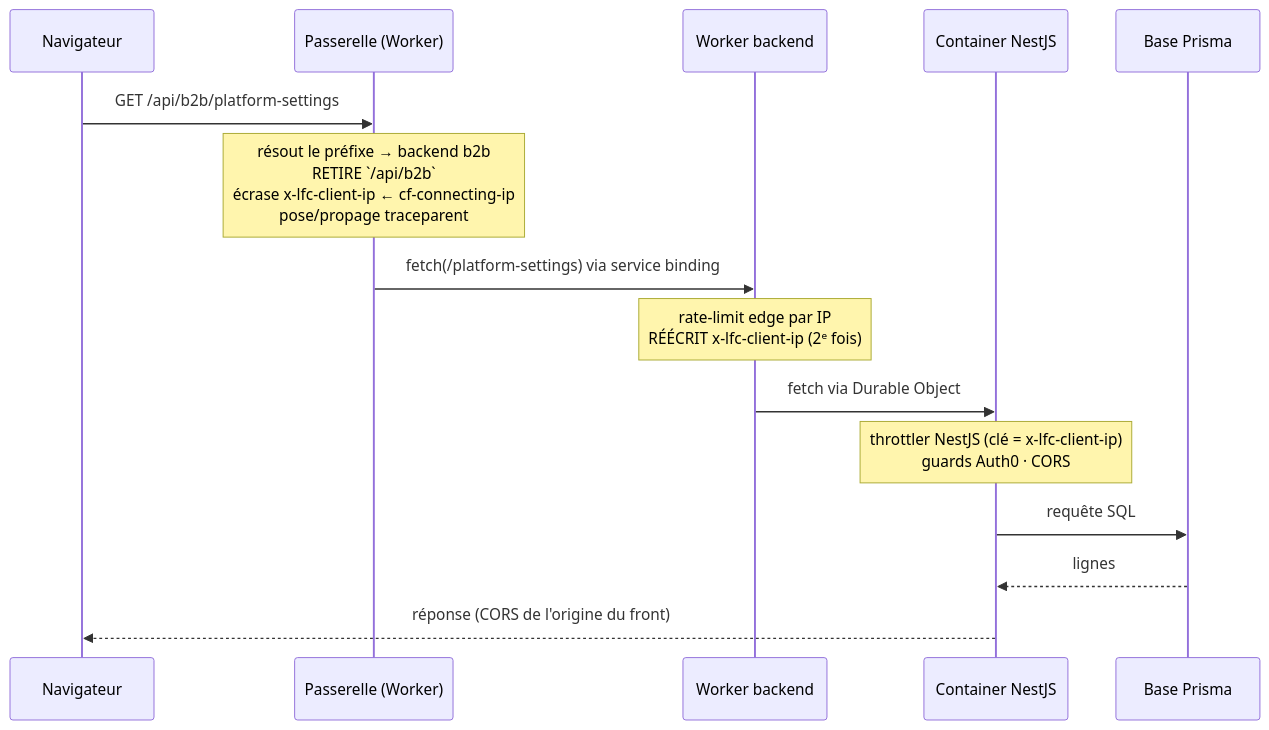
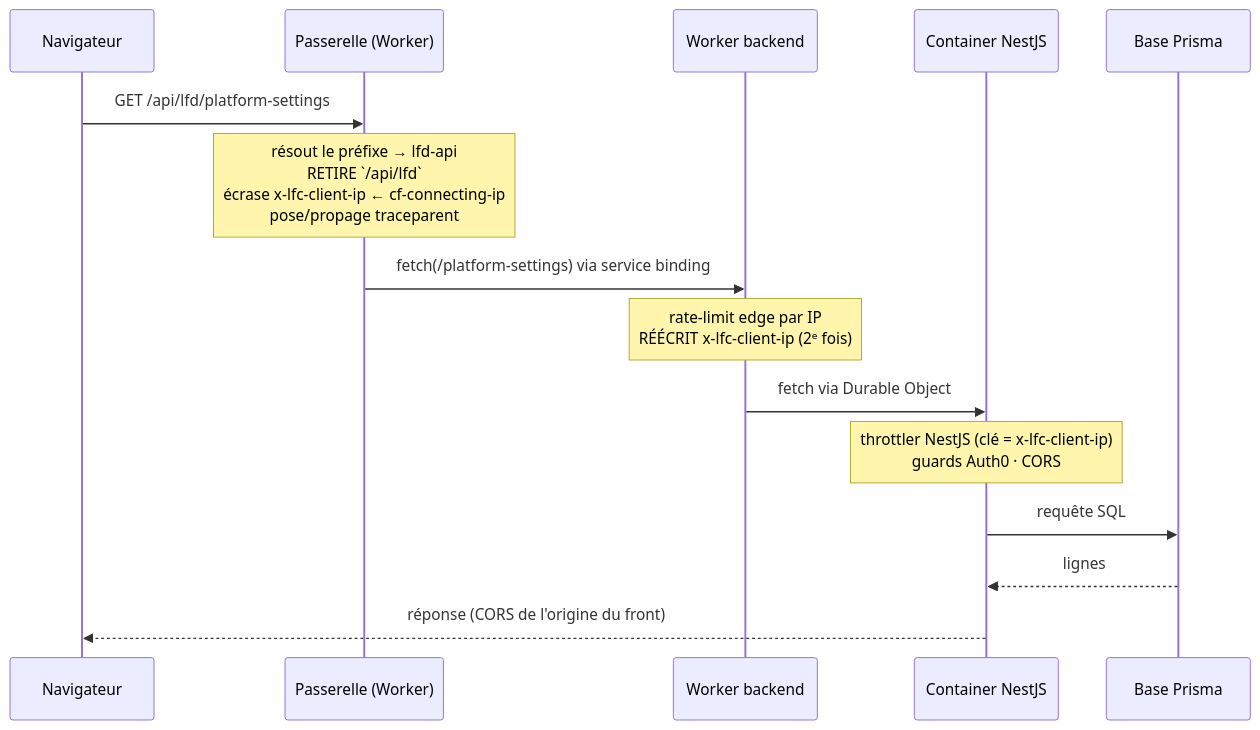
One commit to hugoheynard/lfd changed the second of 3 diagrams in documentation/ops/architecture-deploiement.md. Above: the diagram before and after it, drawn with Mermaid. The commit also changed other lines of this file and 5 other files, not shown here.

````diff
--- a/documentation/ops/architecture-deploiement.md
+++ b/documentation/ops/architecture-deploiement.md
@@ -63,18 +63,18 @@
 ```mermaid
 sequenceDiagram
     participant N as Navigateur
     participant G as Passerelle (Worker)
     participant W as Worker backend
     participant C as Container NestJS
     participant D as Base Prisma
 
-    N->>G: GET /api/b2b/platform-settings
-    Note over G: résout le préfixe → backend b2b<br/>RETIRE `/api/b2b`<br/>écrase x-lfc-client-ip ← cf-connecting-ip<br/>pose/propage traceparent
+    N->>G: GET /api/lfd/platform-settings
+    Note over G: résout le préfixe → lfd-api<br/>RETIRE `/api/lfd`<br/>écrase x-lfc-client-ip ← cf-connecting-ip<br/>pose/propage traceparent
     G->>W: fetch(/platform-settings) via service binding
     Note over W: rate-limit edge par IP<br/>RÉÉCRIT x-lfc-client-ip (2ᵉ fois)
     W->>C: fetch via Durable Object
     Note over C: throttler NestJS (clé = x-lfc-client-ip)<br/>guards Auth0 · CORS
     C->>D: requête SQL
     D-->>C: lignes
     C-->>N: réponse (CORS de l'origine du front)
 ```
````
